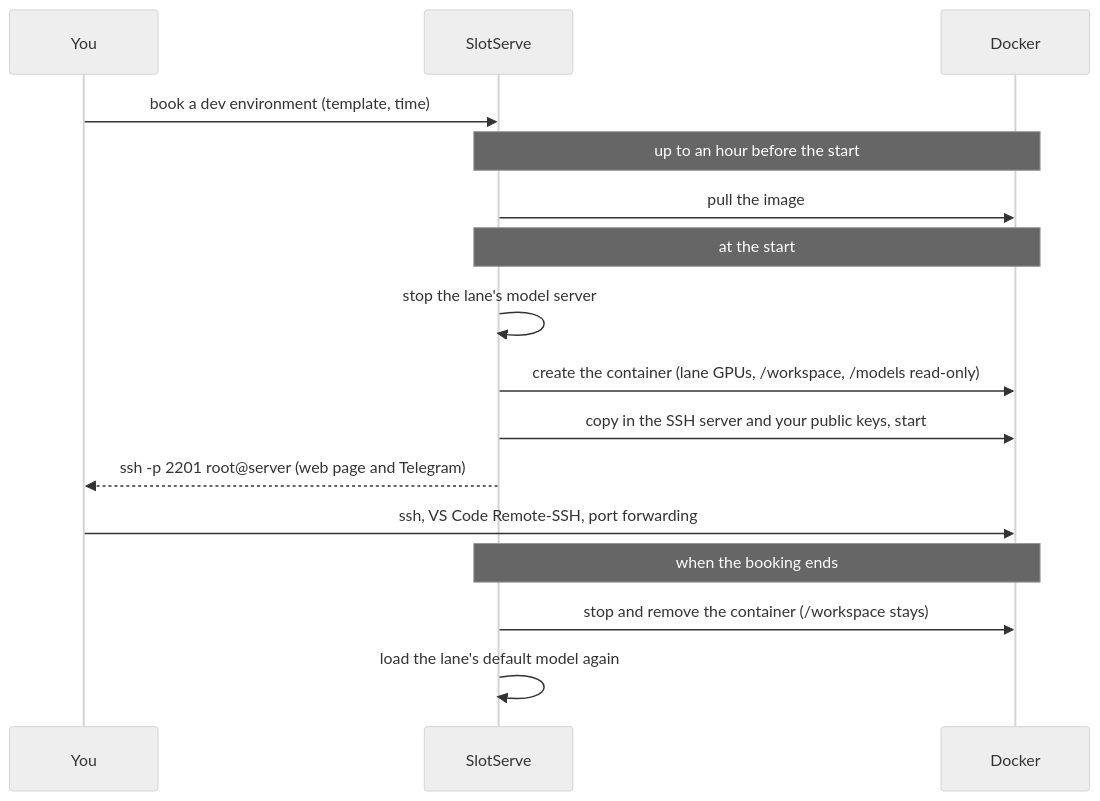
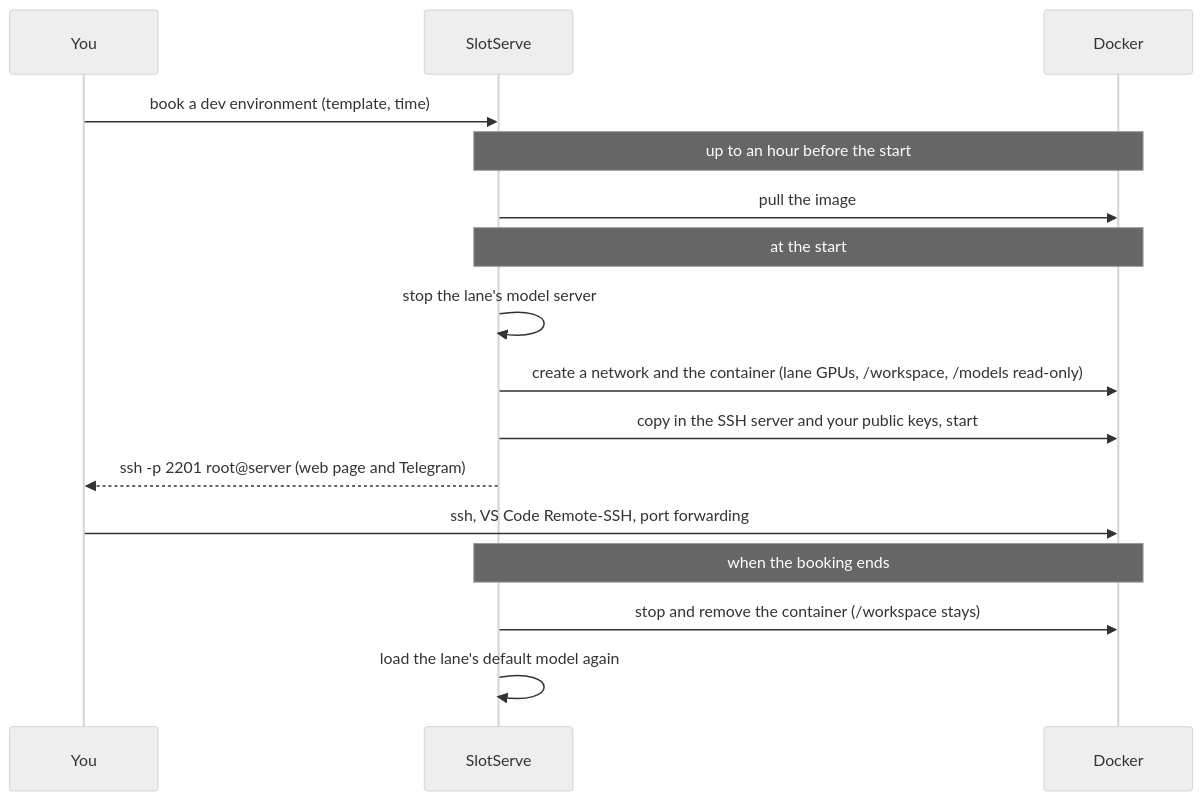
Before and after one commit to PelerYuan/slotserve: the first of 2 diagrams in docs/dev-environments.md, drawn with Mermaid (neutral theme). The commit also changed other lines of this file and 16 other files, not shown here.

````diff
--- a/docs/dev-environments.md
+++ b/docs/dev-environments.md
@@ -5,18 +5,18 @@
 ```mermaid
 sequenceDiagram
     participant U as You
     participant S as SlotServe
     participant D as Docker
     U->>S: book a dev environment (template, time)
     Note over S,D: up to an hour before the start
     S->>D: pull the image
     Note over S,D: at the start
     S->>S: stop the lane's model server
-    S->>D: create the container (lane GPUs, /workspace, /models read-only)
+    S->>D: create a network and the container (lane GPUs, /workspace, /models read-only)
     S->>D: copy in the SSH server and your public keys, start
     S-->>U: ssh -p 2201 root@server (web page and Telegram)
     U->>D: ssh, VS Code Remote-SSH, port forwarding
     Note over S,D: when the booking ends
     S->>D: stop and remove the container (/workspace stays)
     S->>S: load the lane's default model again
 ```
````
